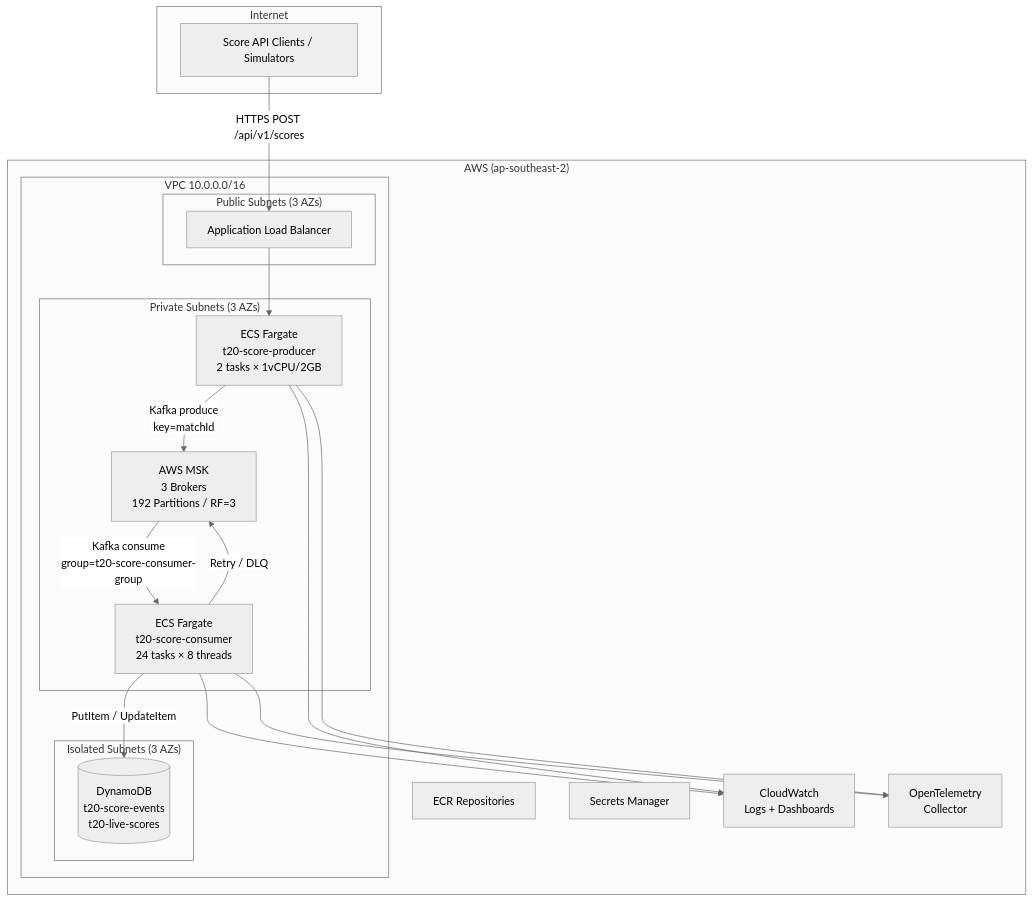
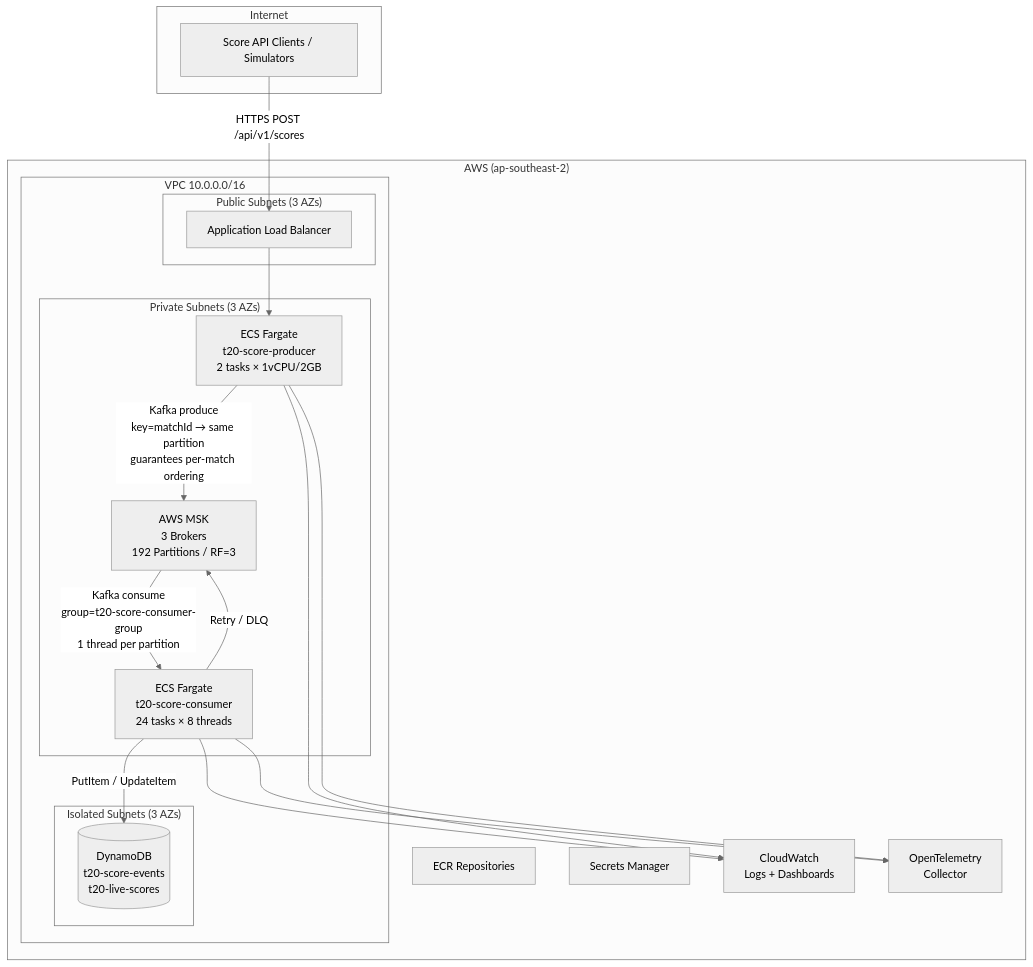
The first of 2 diagrams in docs/architecture-diagram.md (balamurugan-venkadachalam/CritcketScore), drawn with Mermaid (neutral theme) before and after one commit. The commit also changed other lines of this file and 12 other files, not shown here.

````diff
--- a/docs/architecture-diagram.md
+++ b/docs/architecture-diagram.md
@@ -7,40 +5,40 @@
 ```mermaid
 graph TB
     subgraph Internet
         Client[Score API Clients / Simulators]
     end
 
     subgraph AWS["AWS (ap-southeast-2)"]
         subgraph VPC["VPC 10.0.0.0/16"]
             ALB[Application Load Balancer]
 
             subgraph PublicSubnets["Public Subnets (3 AZs)"]
                 ALB
             end
 
             subgraph PrivateSubnets["Private Subnets (3 AZs)"]
                 Producer[ECS Fargate\nt20-score-producer\n2 tasks × 1vCPU/2GB]
                 Consumer[ECS Fargate\nt20-score-consumer\n24 tasks × 8 threads]
                 MSK[AWS MSK\n3 Brokers\n192 Partitions / RF=3]
             end
 
             subgraph IsolatedSubnets["Isolated Subnets (3 AZs)"]
                 DDB[(DynamoDB\nt20-score-events\nt20-live-scores)]
             end
         end
 
         ECR[ECR Repositories]
         SM[Secrets Manager]
         CW[CloudWatch\nLogs + Dashboards]
         OTEL[OpenTelemetry\nCollector]
     end
 
     Client -->|HTTPS POST /api/v1/scores| ALB
     ALB --> Producer
-    Producer -->|Kafka produce\nkey=matchId| MSK
-    MSK -->|Kafka consume\ngroup=t20-score-consumer-group| Consumer
+    Producer -->|"Kafka produce\nkey=matchId → same partition\nguarantees per-match ordering"| MSK
+    MSK -->|"Kafka consume\ngroup=t20-score-consumer-group\n1 thread per partition"| Consumer
     Consumer -->|PutItem / UpdateItem| DDB
     Consumer -->|Retry / DLQ| MSK
     Producer & Consumer --> CW
     Producer & Consumer --> OTEL
 ```
````
